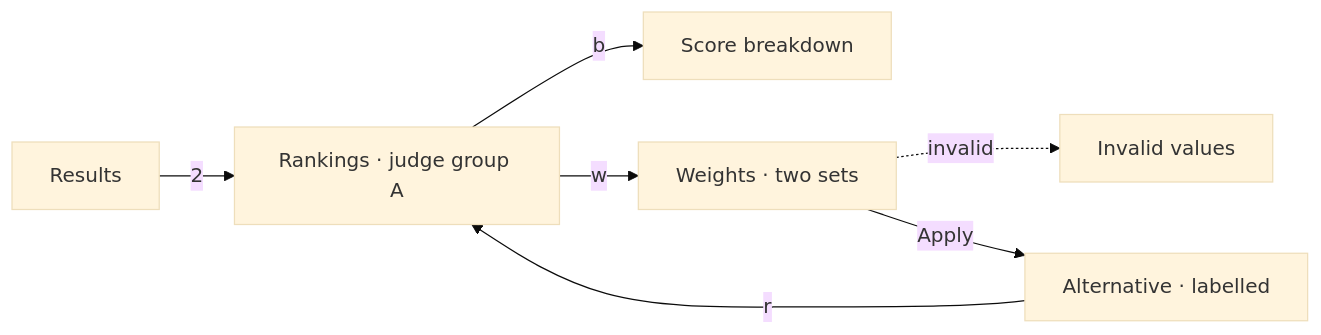
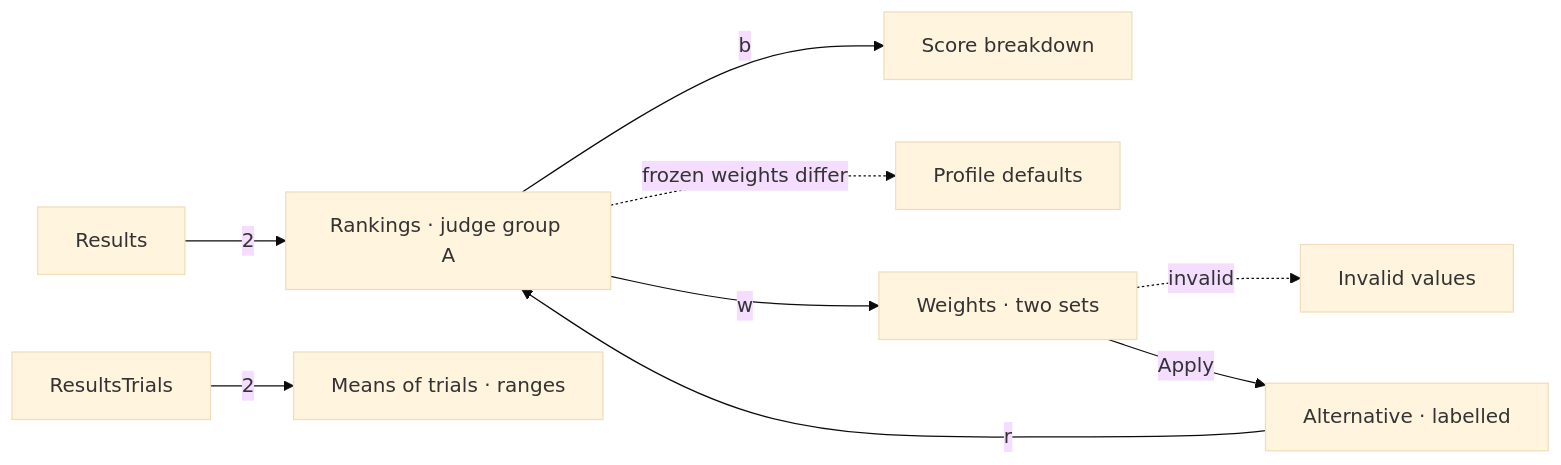
Before and after one commit to AxionomicAI/AxBenchmark: diagram 11 of 23 in spec/design/wireframe-tui/navigation.md, drawn with Mermaid (base theme). The commit also changed other lines of this file and 228 other files, not shown here.

````diff
--- a/spec/design/wireframe-tui/navigation.md
+++ b/spec/design/wireframe-tui/navigation.md
@@ -209,9 +247,11 @@
 ```mermaid
 flowchart LR
     Results -->|2| Rankings["Rankings · judge group A"]
     Rankings -->|b| ScoreBreakdown["Score breakdown"]
+    Rankings -.->|frozen weights differ| RankingsProfileDefaults["Profile defaults"]
+    ResultsTrials -->|2| RankingsTrials["Means of trials · ranges"]
     Rankings -->|w| WeightsEditor["Weights · two sets"]
     WeightsEditor -.->|invalid| WeightsInvalid["Invalid values"]
     WeightsEditor -->|Apply| RankingsAlternative["Alternative · labelled"]
     RankingsAlternative -->|r| Rankings
 ```
````
